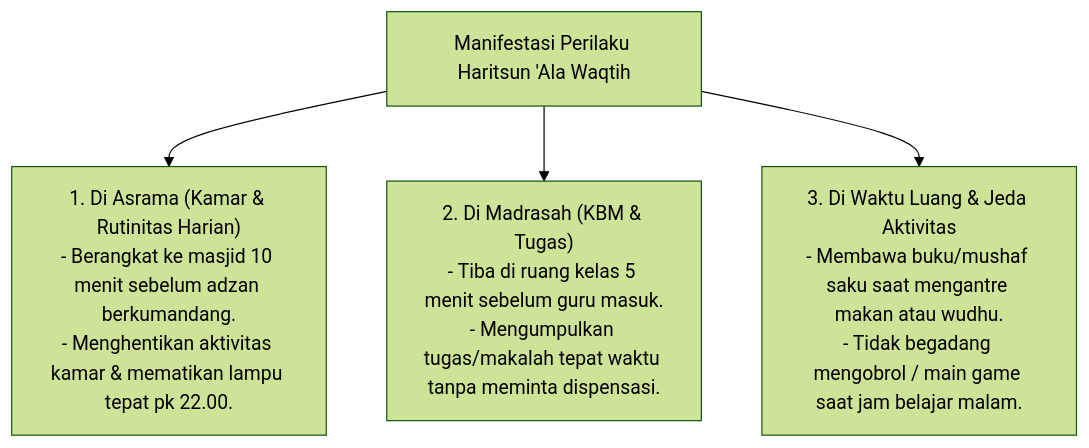
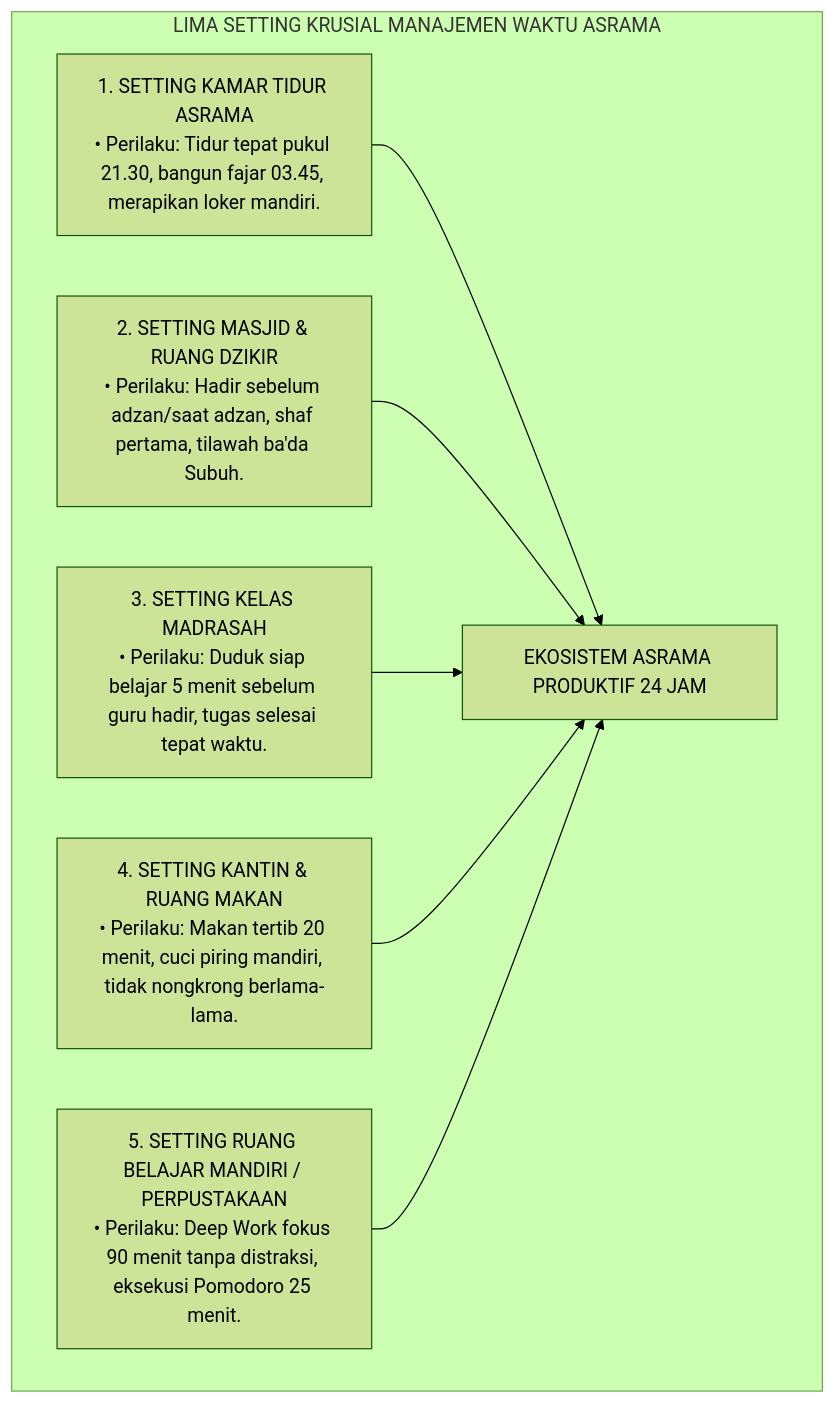
One commit to wandiapriliyandi/tumbuh changed the fourth of 6 diagrams in 03 Capacity Framework/10 Haritsun Ala Waqtih/P3-10-06-Manifestasi-Perilaku-Santri.md. Above: the diagram before and after it, drawn with Mermaid (forest theme). The commit also changed other lines of this file and 14 other files, not shown here.

Commit message:
docs(03-capacity): complete all 15 research monographs for 10 Haritsun Ala Waqtih

````diff
--- a/03 Capacity Framework/10 Haritsun Ala Waqtih/P3-10-06-Manifestasi-Perilaku-Santri.md
+++ b/03 Capacity Framework/10 Haritsun Ala Waqtih/P3-10-06-Manifestasi-Perilaku-Santri.md
@@ -10,10 +115,16 @@
 ```mermaid
-graph TD
-    Perilaku["Manifestasi Perilaku Haritsun 'Ala Waqtih"]
-    
-    Perilaku --> B1["1. Di Asrama (Kamar & Rutinitas Harian)<br/>- Berangkat ke masjid 10 menit sebelum adzan berkumandang.<br/>- Menghentikan aktivitas kamar & mematikan lampu tepat pk 22.00."]
-    
-    Perilaku --> B2["2. Di Madrasah (KBM & Tugas)<br/>- Tiba di ruang kelas 5 menit sebelum guru masuk.<br/>- Mengumpulkan tugas/makalah tepat waktu tanpa meminta dispensasi."]
-    
-    Perilaku --> B3["3. Di Waktu Luang & Jeda Aktivitas<br/>- Membawa buku/mushaf saku saat mengantre makan atau wudhu.<br/>- Tidak begadang mengobrol / main game saat jam belajar malam."]
+flowchart TD
+    subgraph LimaSettingWaktu["LIMA SETTING KRUSIAL MANAJEMEN WAKTU ASRAMA"]
+        S1["1. SETTING KAMAR TIDUR ASRAMA<br/>• Perilaku: Tidur tepat pukul 21.30, bangun fajar 03.45, merapikan loker mandiri."]
+        
+        S2["2. SETTING MASJID & RUANG DZIKIR<br/>• Perilaku: Hadir sebelum adzan/saat adzan, shaf pertama, tilawah ba'da Subuh."]
+        
+        S3["3. SETTING KELAS MADRASAH<br/>• Perilaku: Duduk siap belajar 5 menit sebelum guru hadir, tugas selesai tepat waktu."]
+        
+        S4["4. SETTING KANTIN & RUANG MAKAN<br/>• Perilaku: Makan tertib 20 menit, cuci piring mandiri, tidak nongkrong berlama-lama."]
+        
+        S5["5. SETTING RUANG BELAJAR MANDIRI / PERPUSTAKAAN<br/>• Perilaku: Deep Work fokus 90 menit tanpa distraksi, eksekusi Pomodoro 25 menit."]
+        
+        S1 & S2 & S3 & S4 & S5 --> Terpadu["EKOSISTEM ASRAMA PRODUKTIF 24 JAM"]
+    end
 ```
````
